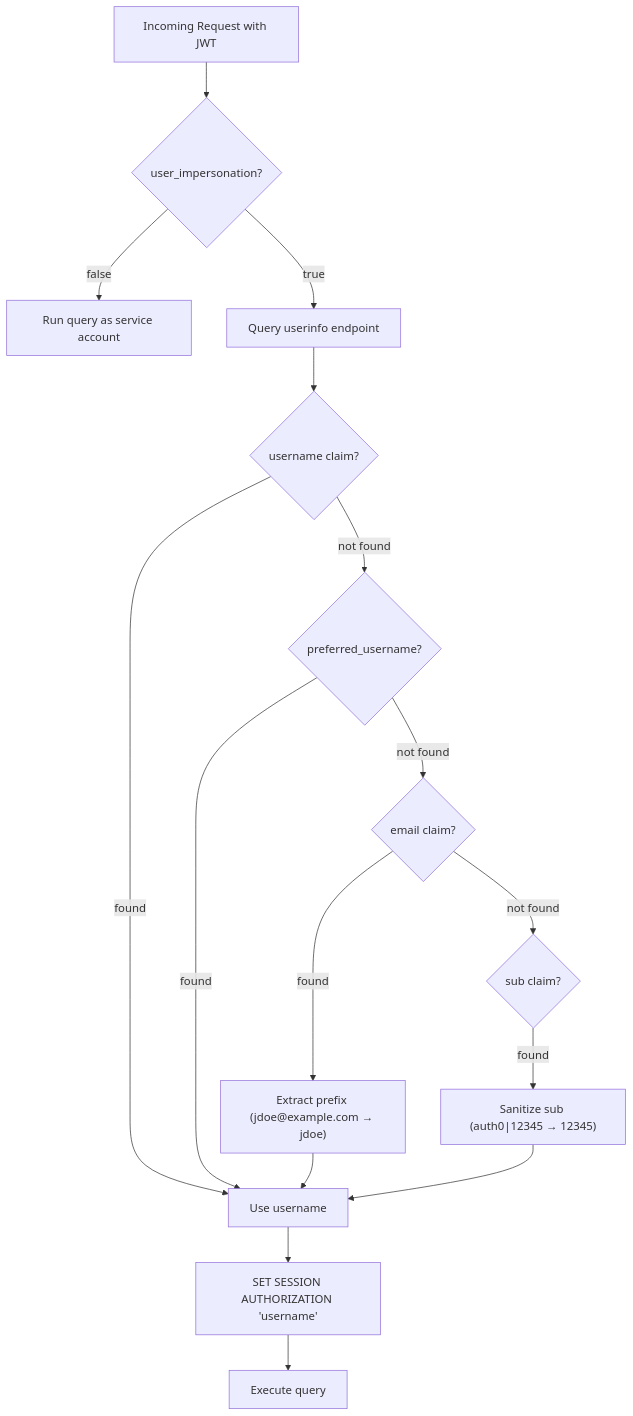
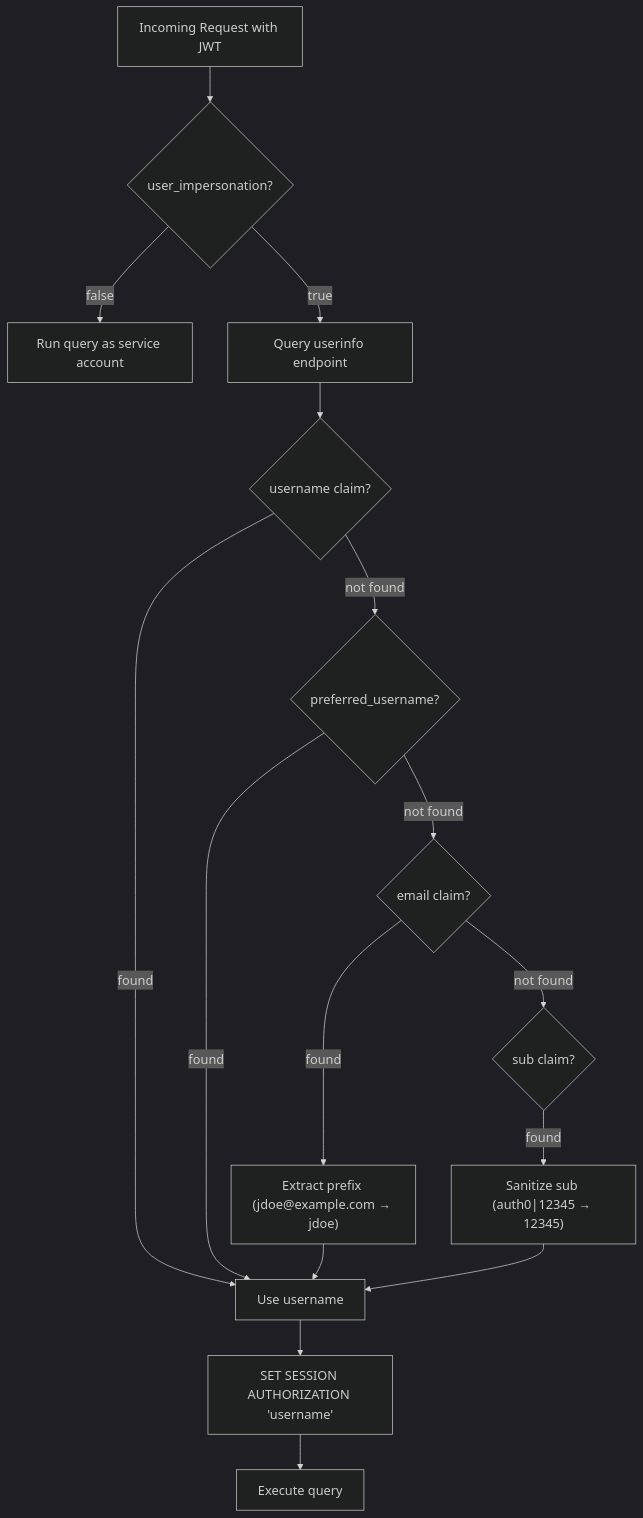
Before and after one commit to ActianCorp/mcp-server-docs: the second of 2 diagrams in docs/authentication/index.md, drawn with Mermaid. The commit also changed other lines of this file and 4 other files, not shown here.

````diff
--- a/docs/authentication/index.md
+++ b/docs/authentication/index.md
@@ -93,18 +93,19 @@
 ```mermaid
+%%{init: {'theme': 'dark', 'themeVariables': {'fontSize': '18px', 'fontFamily': 'arial'}}}%%
 flowchart TD
     A[Incoming Request with JWT] --> B{user_impersonation?}
     B -- false --> C[Run query as service account]
     B -- true --> D[Query userinfo endpoint]
     D --> E{username claim?}
     E -- found --> K[Use username]
     E -- not found --> F{preferred_username?}
     F -- found --> K
     F -- not found --> G{email claim?}
     G -- found --> H["Extract prefix (jdoe@example.com → jdoe)"]
     H --> K
     G -- not found --> I{sub claim?}
     I -- found --> J["Sanitize sub (auth0|12345 → 12345)"]
     J --> K
     K --> L["SET SESSION AUTHORIZATION 'username'"]
     L --> M[Execute query]
 ```
````
